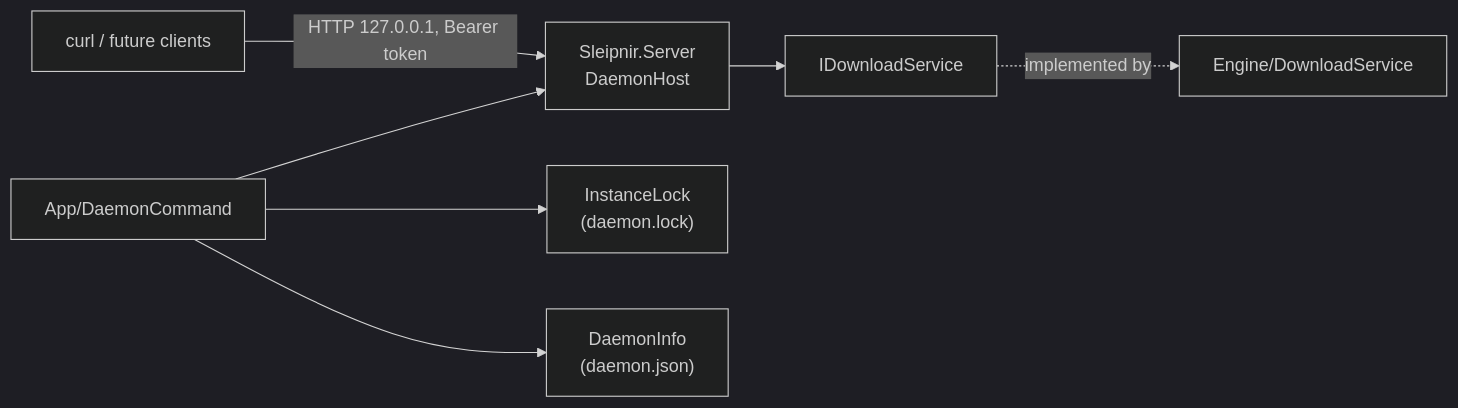
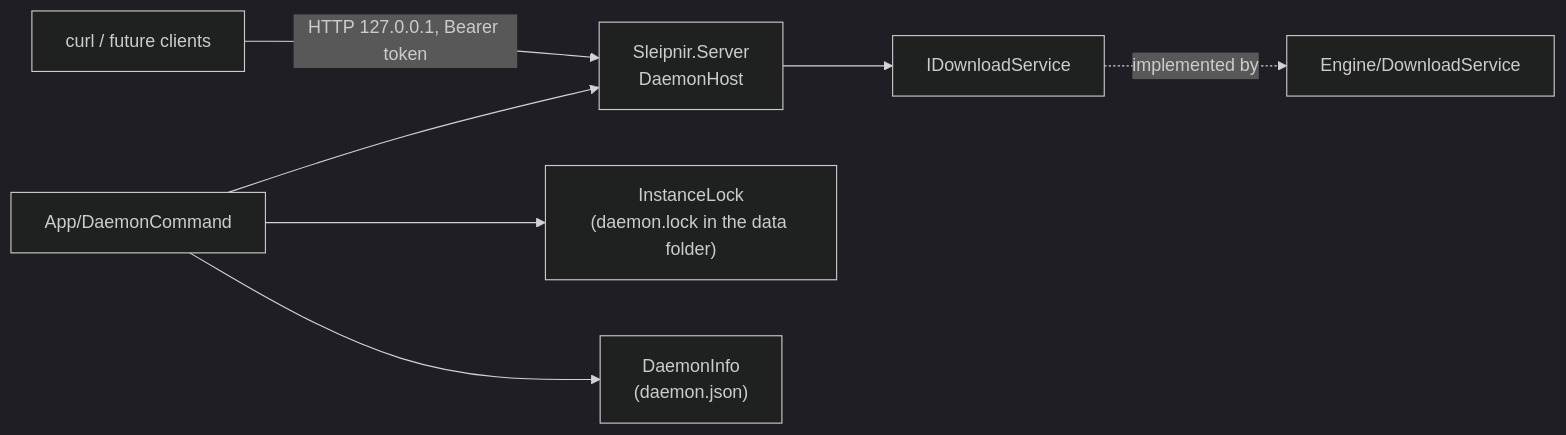
One commit to Parth2500/Sleipnir changed the second of 4 diagrams in docs/ARCHITECTURE.md. Above: the diagram before and after it, drawn with Mermaid (dark theme). The commit also changed other lines of this file and 16 other files, not shown here.

````diff
--- a/docs/ARCHITECTURE.md
+++ b/docs/ARCHITECTURE.md
@@ -49,9 +49,9 @@
 ```mermaid
 flowchart LR
     CLIENT["curl / future clients"] -- "HTTP 127.0.0.1, Bearer token" --> DH["Sleipnir.Server<br/>DaemonHost"]
     DH --> IDS["IDownloadService"]
     IDS -.implemented by.-> DS["Engine/DownloadService"]
-    CMD["App/DaemonCommand"] --> LOCK["InstanceLock<br/>(daemon.lock)"]
+    CMD["App/DaemonCommand"] --> LOCK["InstanceLock<br/>(daemon.lock in the data folder)"]
     CMD --> DH
     CMD --> INFO["DaemonInfo<br/>(daemon.json)"]
 ```
````
